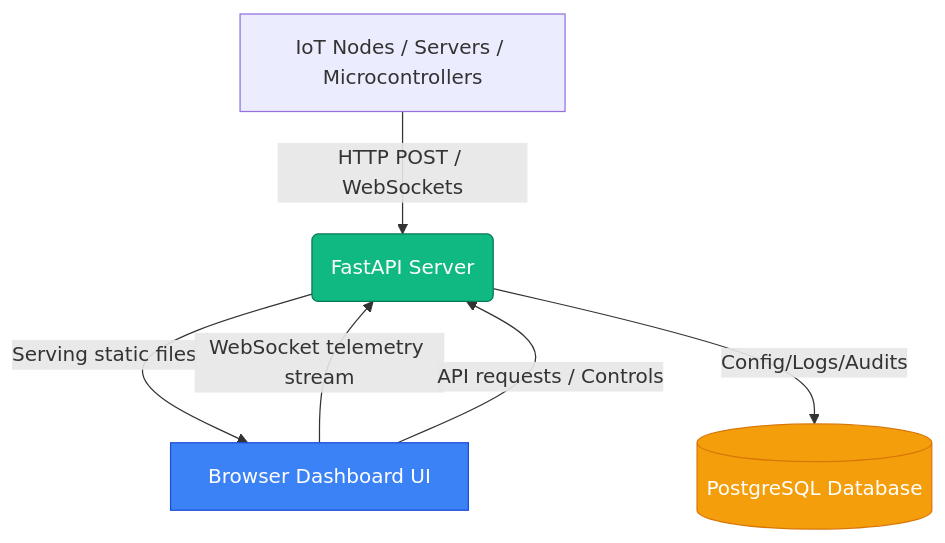
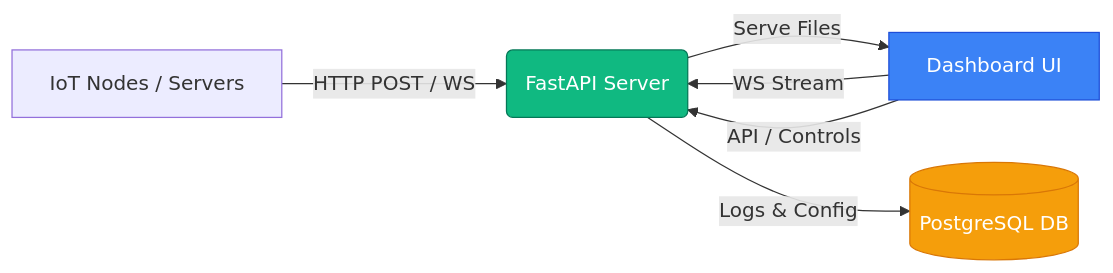
One commit to PiexlPuck/HomePulse changed the diagram in README.md. Above: the diagram before and after it, drawn with Mermaid. The commit also changed 3 other files, not shown here.

Commit message:
Fix README diagram layout text overlap and introduce monitor update APIs & UI

````diff
--- a/README.md
+++ b/README.md
@@ -9,12 +9,12 @@
 ```mermaid
-graph TD
+graph LR
     classDef client fill:#3b82f6,stroke:#1d4ed8,color:#fff;
     classDef api fill:#10b981,stroke:#047857,color:#fff;
     classDef db fill:#f59e0b,stroke:#d97706,color:#fff;
-    
-    A[IoT Nodes / Servers / Microcontrollers] -- HTTP POST / WebSockets --> B(FastAPI Server)
-    B -- Serving static files --> C[Browser Dashboard UI]:::client
-    C -- WebSocket telemetry stream --> B
-    B -- Config/Logs/Audits --> D[(PostgreSQL Database)]:::db
-    C -- API requests / Controls --> B:::api
+
+    A[IoT Nodes / Servers] -->|HTTP POST / WS| B(FastAPI Server):::api
+    B -->|Serve Files| C[Dashboard UI]:::client
+    C -->|WS Stream| B
+    C -->|API / Controls| B
+    B -->|Logs & Config| D[(PostgreSQL DB)]:::db
 ```
````
